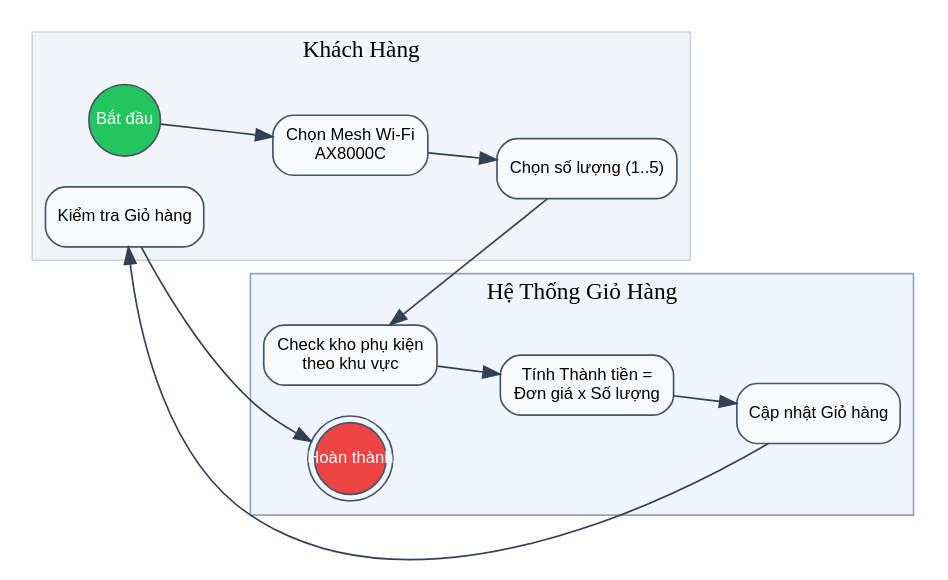
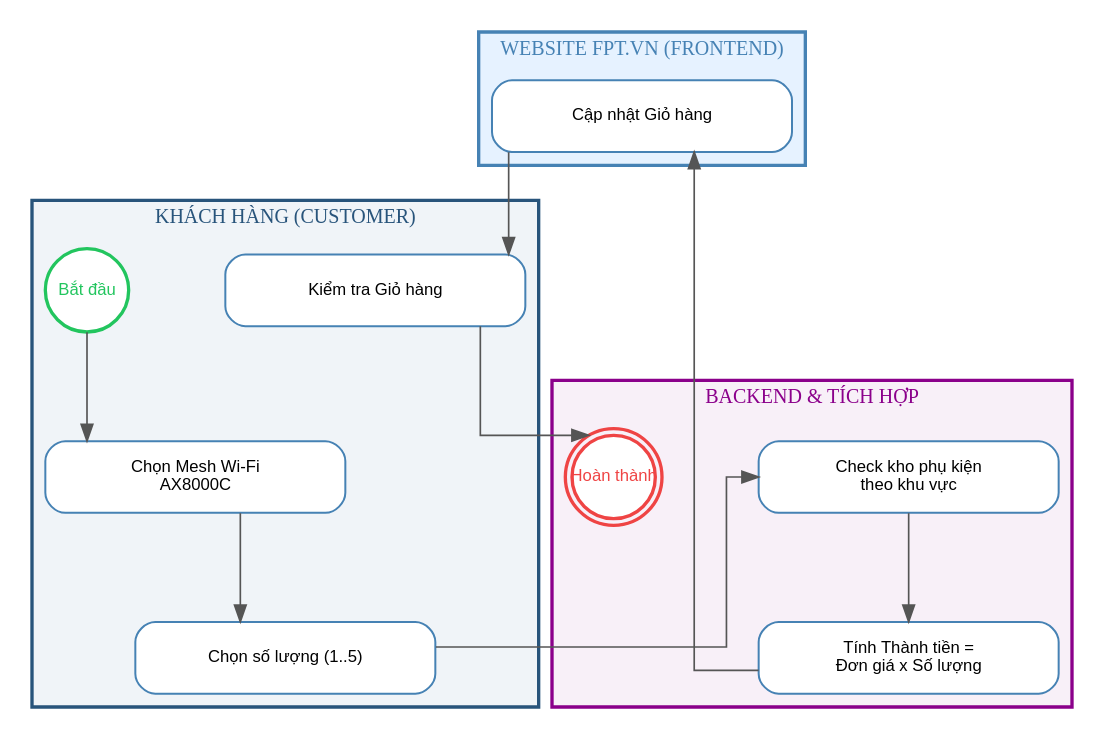
Before and after one commit to hathuy2706-BA/FPT: the diagram in diagrams/bpmn_fr03_ax8000c.dot, drawn with Graphviz. The commit also changed 19 other files, not shown here.

Commit message:
docs: Redraw BPMN diagrams with professional vertical swimlane layout (FPT.vn standard style) and re-embed to docs

```diff
--- a/diagrams/bpmn_fr03_ax8000c.dot
+++ b/diagrams/bpmn_fr03_ax8000c.dot
@@ -1,27 +1,42 @@
 
 digraph G {
-    rankdir=LR; bgcolor="white";
-    node [fontname="Arial", fontsize=10, shape=box, style="filled,rounded", fillcolor="#F8FAFC", color="#475569"];
-    edge [fontname="Arial", fontsize=9, color="#334155"];
 
-    subgraph cluster_user {
-        label="Khách Hàng"; style=filled; fillcolor="#F1F5F9"; color="#CBD5E1";
-        start [label="Bắt đầu", shape=circle, fillcolor="#22C55E", fontcolor="white", width=0.6, fixedsize=true];
-        select_ap [label="Chọn Mesh Wi-Fi
-AX8000C"];
+    rankdir=TB;
+    splines=ortho;
+    nodesep=0.8;
+    ranksep=0.8;
+    node [fontname="Arial", fontsize=10, shape=box, style="rounded,filled", fillcolor="white", color="#4682B4", penwidth=1.2, width=2.5, height=0.6];
+    edge [fontname="Arial", fontsize=9, color="#555555", penwidth=1.0];
+
+
+    subgraph cluster_customer {
+        label="KHÁCH HÀNG (CUSTOMER)";
+        style=filled; color="#28547B"; fillcolor="#F0F4F8"; penwidth=2;
+        fontcolor="#28547B"; fontsize=12; fontname="Arial bold"; labelloc="t"; labeljust="c";
+
+        start [label="Bắt đầu", shape=circle, style="filled", fillcolor="white", color="#22C55E", fontcolor="#22C55E", penwidth=2, width=0.7, fixedsize=true];
+        select_ap [label="Chọn Mesh Wi-Fi\nAX8000C"];
         set_qty [label="Chọn số lượng (1..5)"];
         view_cart [label="Kiểm tra Giỏ hàng"];
     }
 
-    subgraph cluster_system {
-        label="Hệ Thống Giỏ Hàng"; style=filled; fillcolor="#EFF6FF"; color="#94A3B8";
-        check_stock [label="Check kho phụ kiện
-theo khu vực"];
-        calc_total [label="Tính Thành tiền =
-Đơn giá x Số lượng"];
+    subgraph cluster_fe {
+        label="WEBSITE FPT.VN (FRONTEND)";
+        style=filled; color="#4682B4"; fillcolor="#E6F2FF"; penwidth=2;
+        fontcolor="#4682B4"; fontsize=12; fontname="Arial bold"; labelloc="t"; labeljust="c";
+
         render_ap [label="Cập nhật Giỏ hàng"];
-        end [label="Hoàn thành", shape=doublecircle, fillcolor="#EF4444", fontcolor="white", width=0.6, fixedsize=true];
+    }
+
+    subgraph cluster_be {
+        label="BACKEND & TÍCH HỢP";
+        style=filled; color="#8B008B"; fillcolor="#F8F0F8"; penwidth=2;
+        fontcolor="#8B008B"; fontsize=12; fontname="Arial bold"; labelloc="t"; labeljust="c";
+
+        check_stock [label="Check kho phụ kiện\ntheo khu vực"];
+        calc_total [label="Tính Thành tiền =\nĐơn giá x Số lượng"];
+        end [label="Hoàn thành", shape=doublecircle, style="filled", fillcolor="white", color="#EF4444", fontcolor="#EF4444", penwidth=2, width=0.7, fixedsize=true];
     }
 
     start -> select_ap -> set_qty -> check_stock -> calc_total -> render_ap -> view_cart -> end;
 }
```
